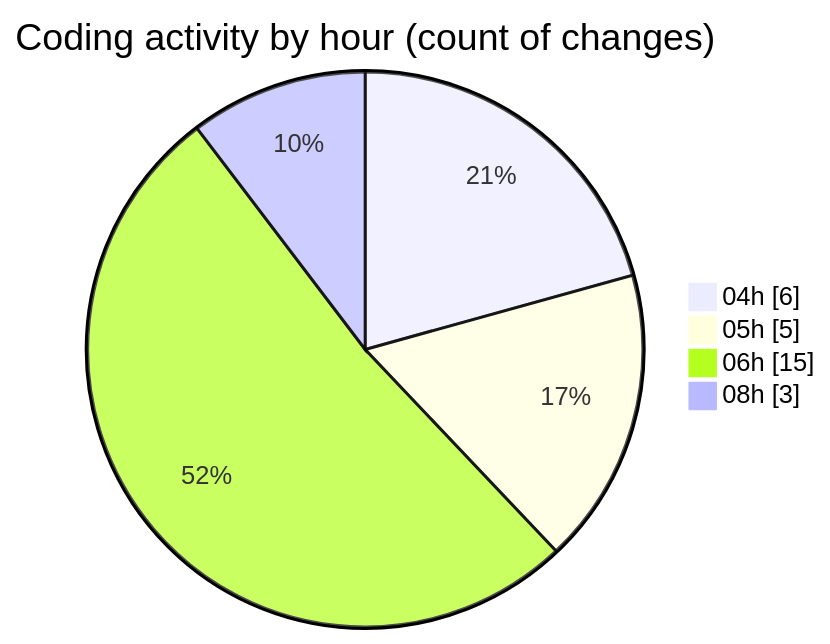
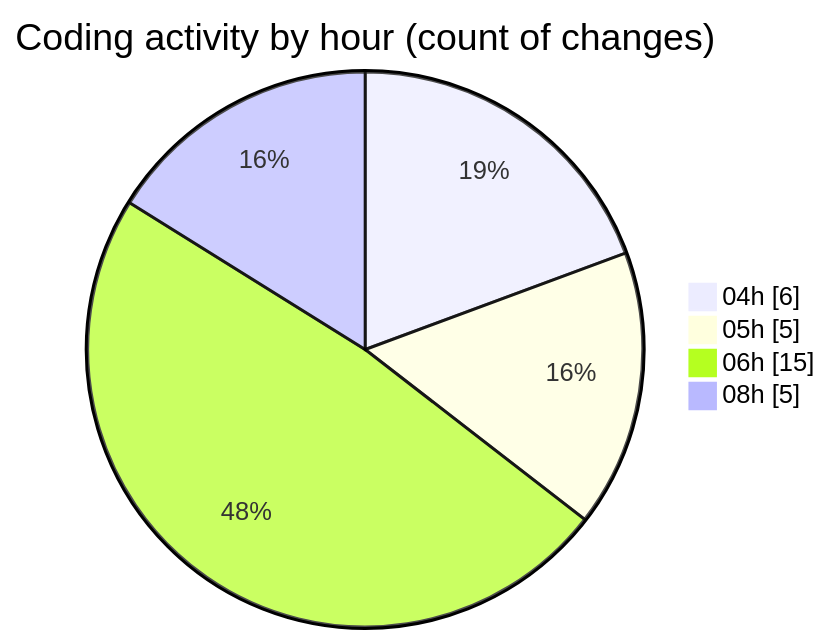
Before and after one commit to vahidmafi/code-tracking: the second of 2 diagrams in 2025-03-23/zeytoon/README.md, drawn with Mermaid. The commit also changed other lines of this file and 1 other file, not shown here.

````diff
--- a/2025-03-23/zeytoon/README.md
+++ b/2025-03-23/zeytoon/README.md
@@ -38,8 +38,8 @@
 ```mermaid
 pie showData
 title Coding activity by hour (count of changes)
 "04h" : 6
 "05h" : 5
 "06h" : 15
-"08h" : 3
+"08h" : 5
 ```
````
